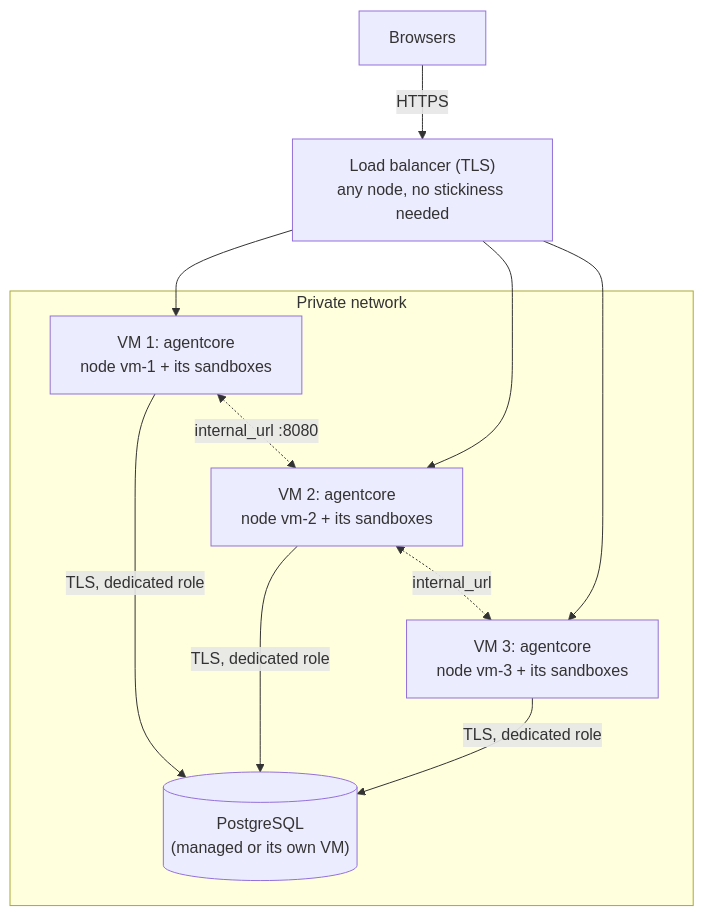
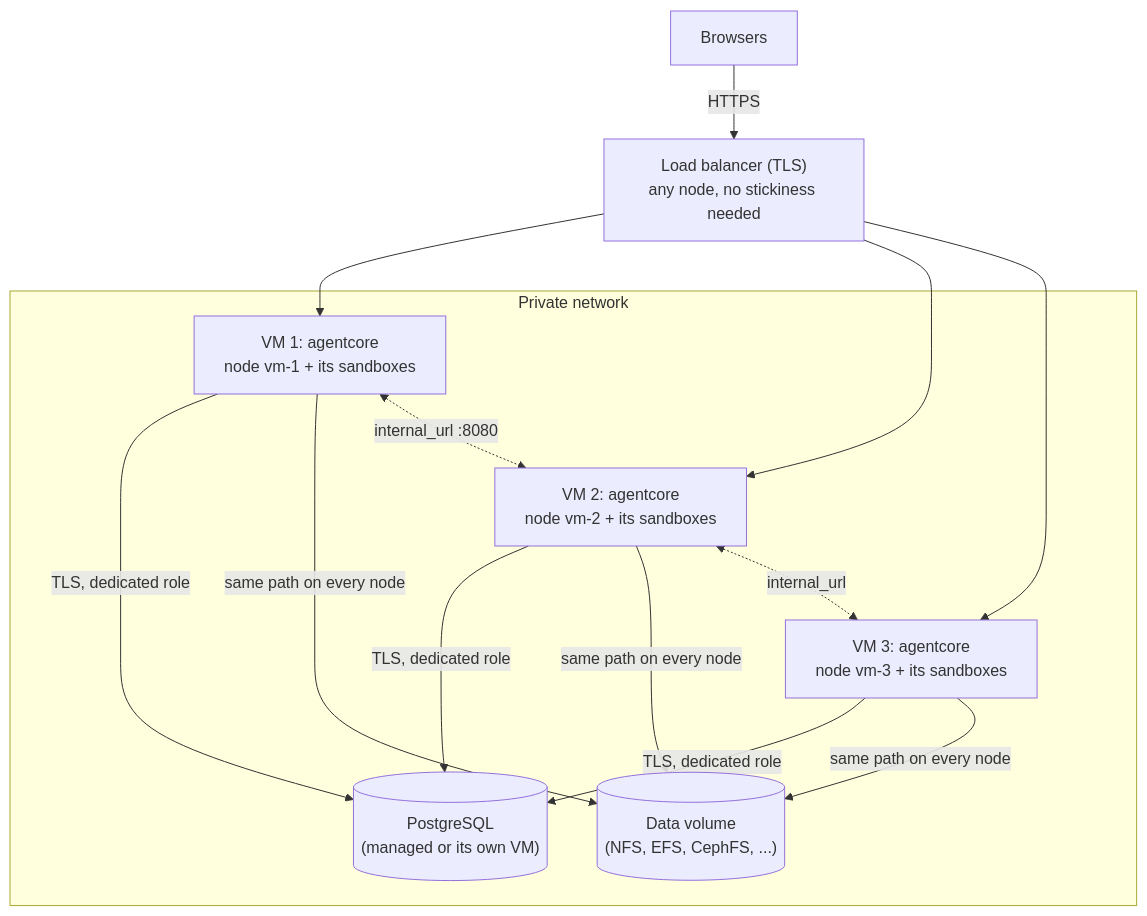
The third of 4 diagrams in docs/DEPLOYMENT.md (Jaelse/agentcore), drawn with Mermaid before and after one commit. The commit also changed other lines of this file and 52 other files, not shown here.

````diff
--- a/docs/DEPLOYMENT.md
+++ b/docs/DEPLOYMENT.md
@@ -90,13 +93,15 @@
 ```mermaid
 flowchart TB
     U["Browsers"] -- HTTPS --> LB["Load balancer (TLS)<br/>any node, no stickiness needed"]
     LB --> N1 & N2 & N3
     subgraph PRIV["Private network"]
         N1["VM 1: agentcore<br/>node vm-1 + its sandboxes"]
         N2["VM 2: agentcore<br/>node vm-2 + its sandboxes"]
         N3["VM 3: agentcore<br/>node vm-3 + its sandboxes"]
         PG[("PostgreSQL<br/>(managed or its own VM)")]
+        VOL[("Data volume<br/>(NFS, EFS, CephFS, ...)")]
     end
     N1 & N2 & N3 -- "TLS, dedicated role" --> PG
+    N1 & N2 & N3 -- "same path on every node" --> VOL
     N1 <-. "internal_url :8080" .-> N2 <-. "internal_url" .-> N3
 ```
````
